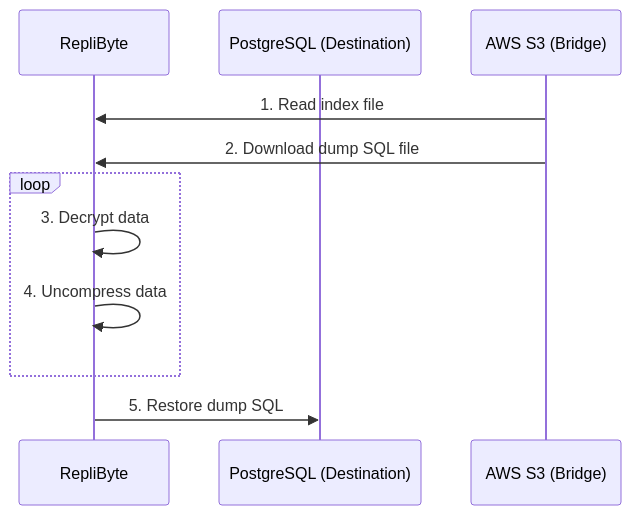
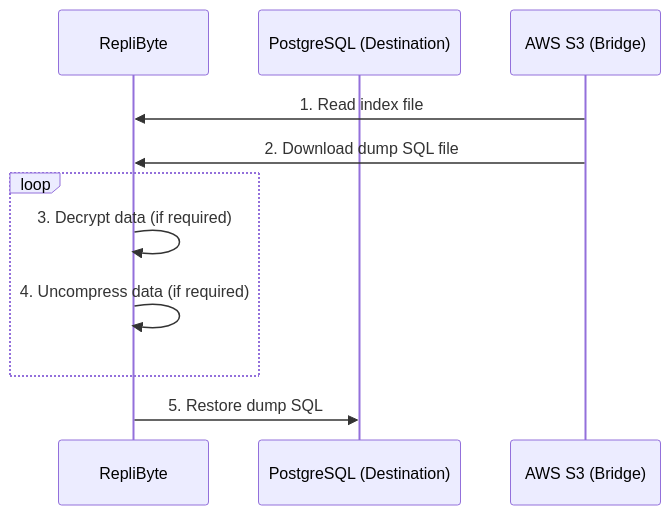
The second of 2 diagrams in README.md (Qovery/Replibyte), drawn with Mermaid before and after one commit. The commit also changed other lines of this file and 2 other files, not shown here.

````diff
--- a/README.md
+++ b/README.md
@@ -225,13 +234,13 @@
 ```mermaid
 sequenceDiagram
     participant RepliByte
     participant PostgreSQL (Destination)
     participant AWS S3 (Bridge)
     AWS S3 (Bridge)->>RepliByte: 1. Read index file
     AWS S3 (Bridge)->>RepliByte: 2. Download dump SQL file
     loop
-        RepliByte->>RepliByte: 3. Decrypt data
-        RepliByte->>RepliByte: 4. Uncompress data
+        RepliByte->>RepliByte: 3. Decrypt data (if required)
+        RepliByte->>RepliByte: 4. Uncompress data (if required)
     end
     RepliByte->>PostgreSQL (Destination): 5. Restore dump SQL
 ```
````
